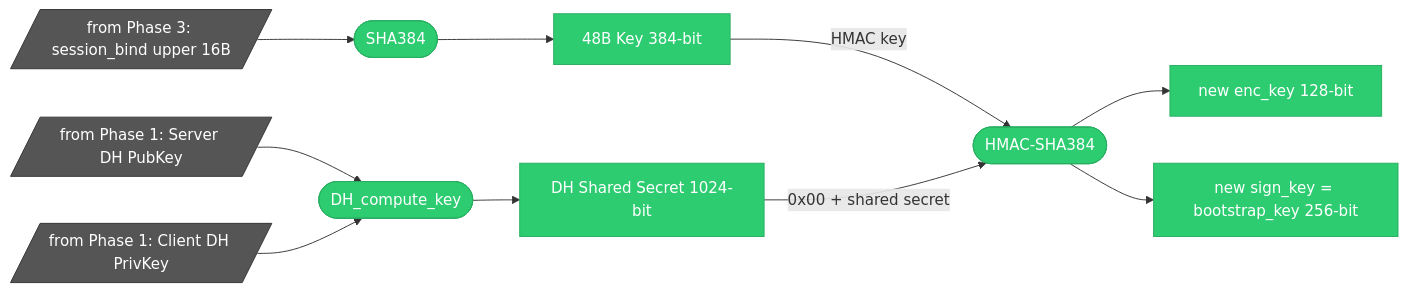
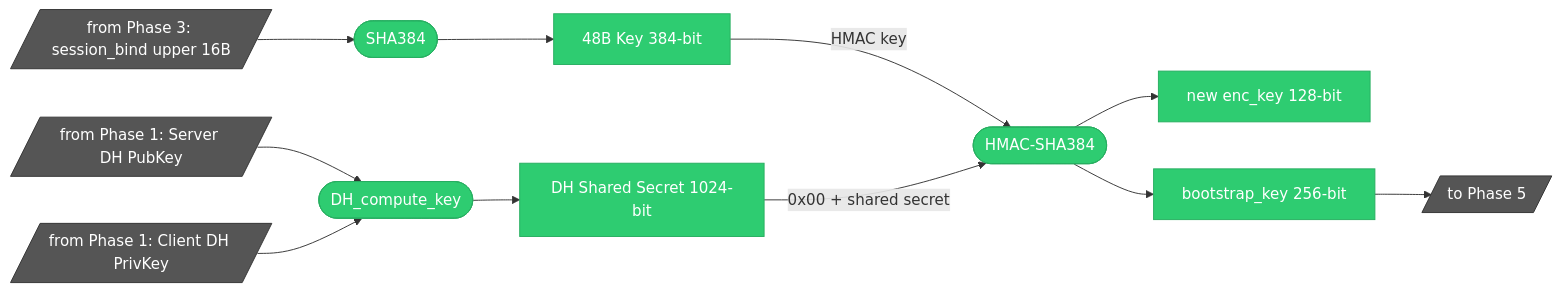
One commit to qtmleap/revkit changed the third of 9 diagrams in docs/spec/msl_key_relationship.md. Above: the diagram before and after it, drawn with Mermaid. The commit also changed other lines of this file, not shown here.

First line of the commit message:
docs(spec): to Phase N をノードに統一、全Phase間参照を明示

````diff
--- a/docs/spec/msl_key_relationship.md
+++ b/docs/spec/msl_key_relationship.md
@@ -72,23 +79,25 @@
 ```mermaid
 graph LR
     FROM_P1a[/"from Phase 1: Server DH PubKey"/] --> OP_DH(["DH_compute_key"])
     FROM_P1b[/"from Phase 1: Client DH PrivKey"/] --> OP_DH
     OP_DH --> DH_SHARED["DH Shared Secret 1024-bit"]
     FROM_P3[/"from Phase 3: session_bind upper 16B"/] --> OP_SHA2(["SHA384"])
     OP_SHA2 --> KEY48["48B Key 384-bit"]
     KEY48 -->|HMAC key| OP_HMAC(["HMAC-SHA384"])
     DH_SHARED -->|0x00 + shared secret| OP_HMAC
     OP_HMAC --> NEW_ENC["new enc_key 128-bit"]
-    OP_HMAC --> NEW_SIGN["new sign_key = bootstrap_key 256-bit"]
+    OP_HMAC --> NEW_SIGN["bootstrap_key 256-bit"]
+    NEW_SIGN --> TO_P5[/"to Phase 5"/]
 
     style FROM_P1a fill:#555,stroke:#333,color:#fff
     style FROM_P1b fill:#555,stroke:#333,color:#fff
     style FROM_P3 fill:#555,stroke:#333,color:#fff
+    style TO_P5 fill:#555,stroke:#333,color:#fff
     style OP_DH fill:#2ecc71,stroke:#27ae60,color:#fff
     style DH_SHARED fill:#2ecc71,stroke:#27ae60,color:#fff
     style OP_SHA2 fill:#2ecc71,stroke:#27ae60,color:#fff
     style KEY48 fill:#2ecc71,stroke:#27ae60,color:#fff
     style OP_HMAC fill:#2ecc71,stroke:#27ae60,color:#fff
     style NEW_ENC fill:#2ecc71,stroke:#27ae60,color:#fff
     style NEW_SIGN fill:#2ecc71,stroke:#27ae60,color:#fff
 ```
````
